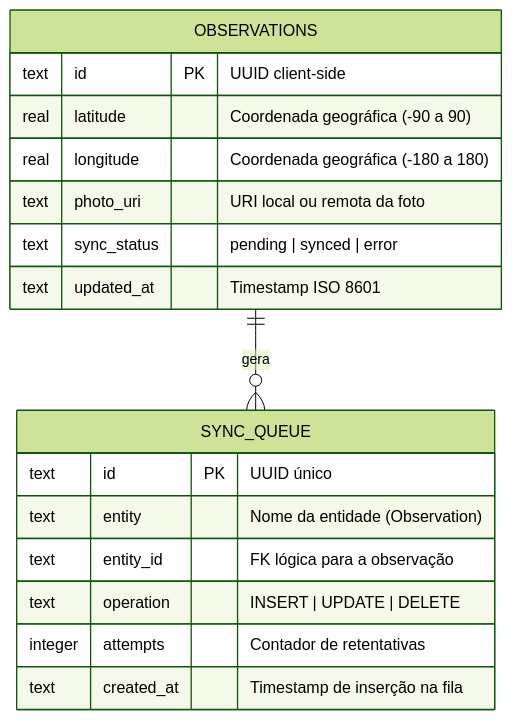
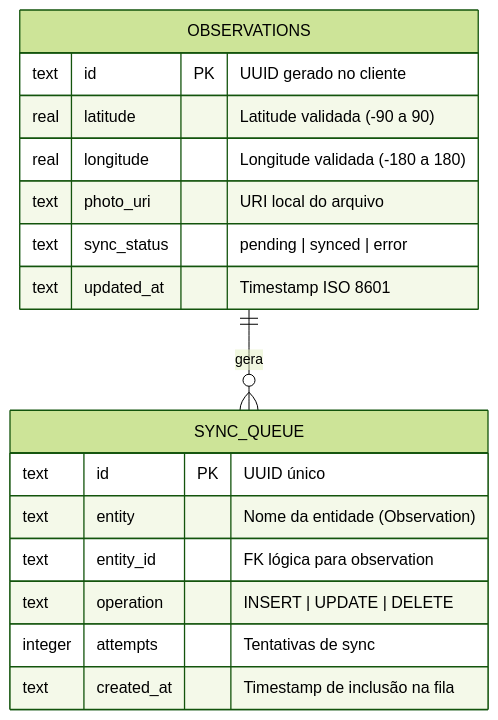
The third of 9 diagrams in docs/documento-software-mobile.md (JoaoPedroScalioni/MOBILEEE), drawn with Mermaid (forest theme) before and after one commit. The commit also changed other lines of this file and 2 other files, not shown here.

Commit message:
docs: add software engineering and architectural specification document for the mobile application

````diff
--- a/docs/documento-software-mobile.md
+++ b/docs/documento-software-mobile.md
@@ -238,22 +225,22 @@
 ```mermaid
 erDiagram
     OBSERVATIONS ||--o{ SYNC_QUEUE : gera
 
     OBSERVATIONS {
-        text id PK "UUID client-side"
-        real latitude "Coordenada geográfica (-90 a 90)"
-        real longitude "Coordenada geográfica (-180 a 180)"
-        text photo_uri "URI local ou remota da foto"
+        text id PK "UUID gerado no cliente"
+        real latitude "Latitude validada (-90 a 90)"
+        real longitude "Longitude validada (-180 a 180)"
+        text photo_uri "URI local do arquivo"
         text sync_status "pending | synced | error"
         text updated_at "Timestamp ISO 8601"
     }
 
     SYNC_QUEUE {
         text id PK "UUID único"
         text entity "Nome da entidade (Observation)"
-        text entity_id "FK lógica para a observação"
+        text entity_id "FK lógica para observation"
         text operation "INSERT | UPDATE | DELETE"
-        integer attempts "Contador de retentativas"
-        text created_at "Timestamp de inserção na fila"
+        integer attempts "Tentativas de sync"
+        text created_at "Timestamp de inclusão na fila"
     }
 ```
````
